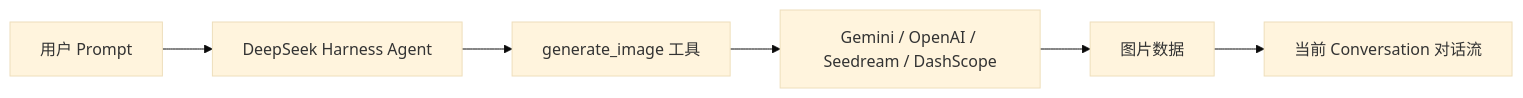
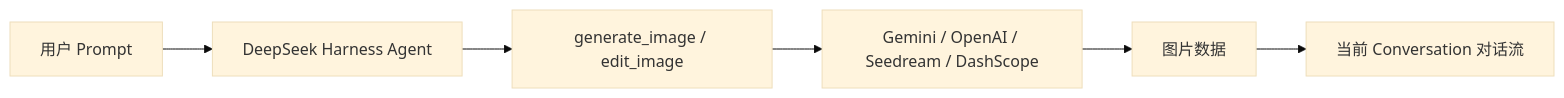
The diagram in README.md (randomix777/dsh-image-gen), drawn with Mermaid (base theme) before and after one commit. The commit also changed other lines of this file, not shown here.

Commit message:
docs: update README for image editing support

````diff
--- a/README.md
+++ b/README.md
@@ -53,8 +53,8 @@
 ```mermaid
 graph LR
     A[用户 Prompt] --> B[DeepSeek Harness Agent]
-    B --> C[generate_image 工具]
+    B --> C[generate_image / edit_image]
     C --> D[Gemini / OpenAI / Seedream / DashScope]
     D --> E[图片数据]
     E --> F[当前 Conversation 对话流]
 ```
````
